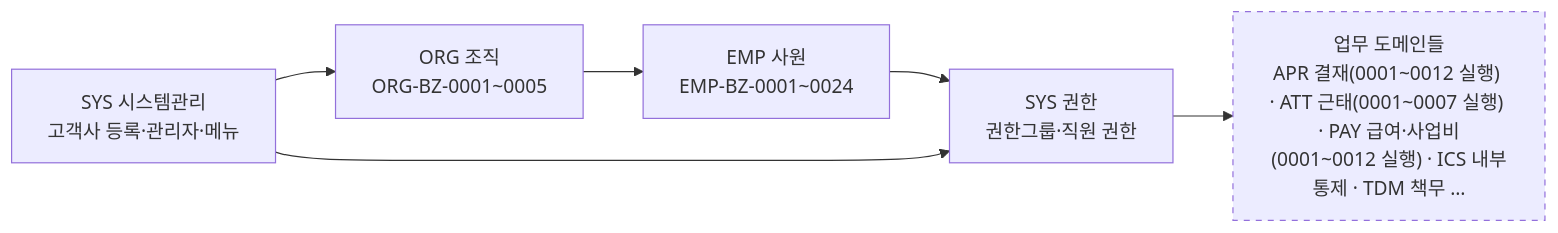
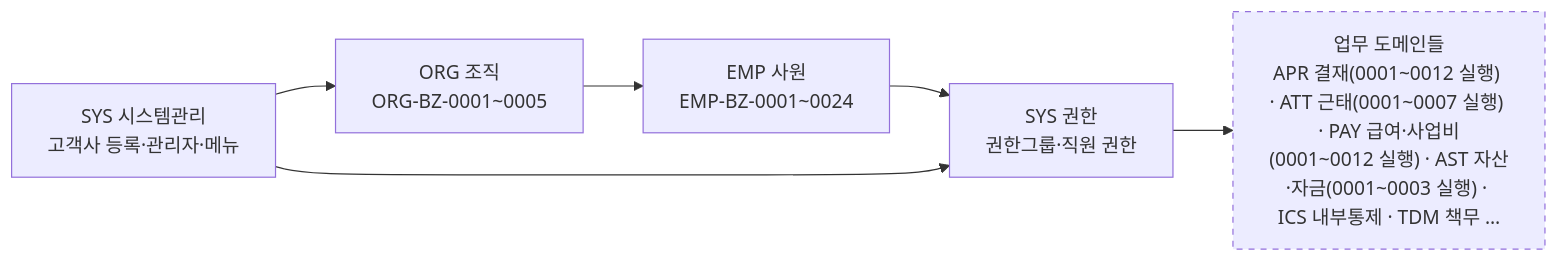
One commit to KimDoYoung/framework-sprt changed the diagram in AssetERP/docs/2-업무분석/biz-event/00-도메인Map.md. Above: the diagram before and after it, drawn with Mermaid. The commit also changed other lines of this file and 9 other files, not shown here.

````diff
--- a/AssetERP/docs/2-업무분석/biz-event/00-도메인Map.md
+++ b/AssetERP/docs/2-업무분석/biz-event/00-도메인Map.md
@@ -6,14 +6,14 @@
 ```mermaid
 flowchart LR
     SYS["SYS 시스템관리<br/>고객사 등록·관리자·메뉴"]
     ORG["ORG 조직<br/>ORG-BZ-0001~0005"]
     EMP["EMP 사원<br/>EMP-BZ-0001~0024"]
     AUTH["SYS 권한<br/>권한그룹·직원 권한"]
-    WORK["업무 도메인들<br/>APR 결재(0001~0012 실행) · ATT 근태(0001~0007 실행) · PAY 급여·사업비(0001~0012 실행) · ICS 내부통제 · TDM 책무 …"]
+    WORK["업무 도메인들<br/>APR 결재(0001~0012 실행) · ATT 근태(0001~0007 실행) · PAY 급여·사업비(0001~0012 실행) · AST 자산·자금(0001~0003 실행) · ICS 내부통제 · TDM 책무 …"]
 
     SYS --> ORG --> EMP --> AUTH --> WORK
     SYS --> AUTH
 
     classDef todo stroke-dasharray: 5 5
     class WORK todo
 ```
````
